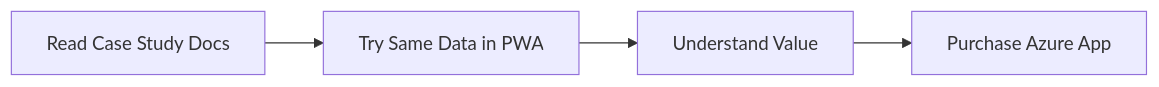
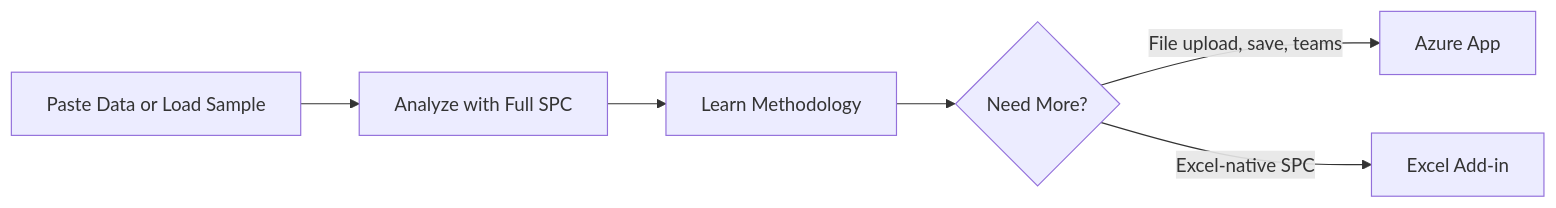
One commit to jukka-matti/mean-beoynd-lite changed the diagram in docs/08-products/pwa/index.md. Above: the diagram before and after it, drawn with Mermaid. The commit also changed other lines of this file and 13 other files, not shown here.

````diff
--- a/docs/08-products/pwa/index.md
+++ b/docs/08-products/pwa/index.md
@@ -18,6 +18,8 @@
 ```mermaid
 flowchart LR
-    A[Read Case Study Docs] --> B[Try Same Data in PWA]
-    B --> C[Understand Value]
-    C --> D[Purchase Azure App]
+    A[Paste Data or Load Sample] --> B[Analyze with Full SPC]
+    B --> C[Learn Methodology]
+    C --> D{Need More?}
+    D -->|File upload, save, teams| E[Azure App]
+    D -->|Excel-native SPC| F[Excel Add-in]
 ```
````
